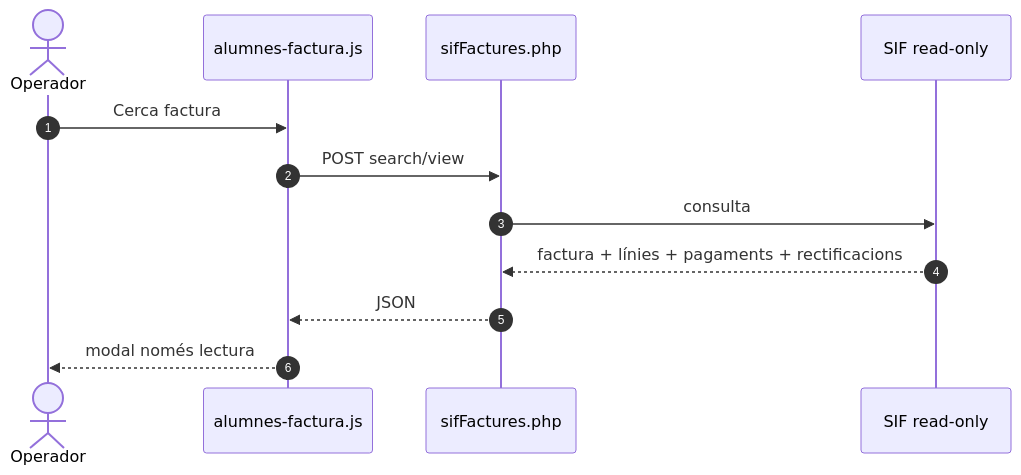
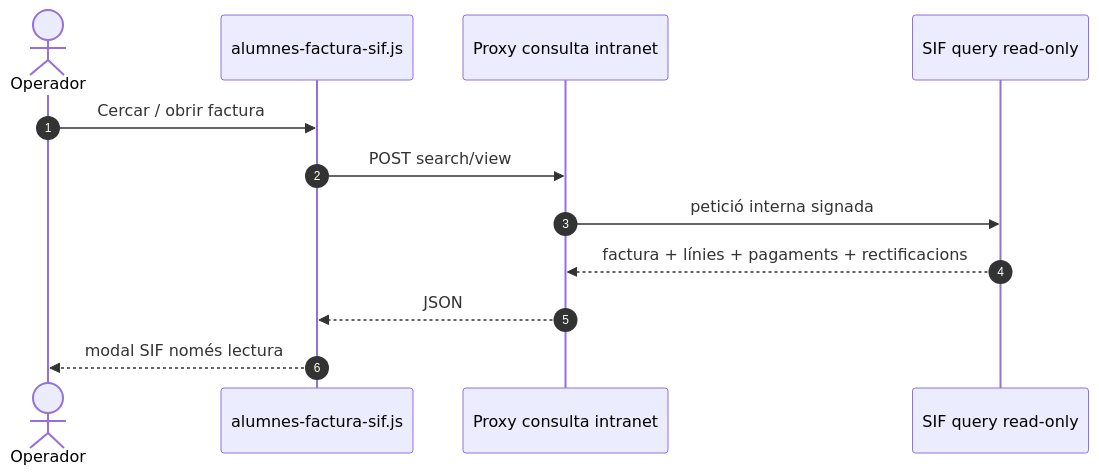
The first of 6 diagrams in documentacio/07-uml-integrat/uc-005-sequencies-actual-final.md (orgmeriemprismacat-del/verifactu), drawn with Mermaid before and after one commit. The commit also changed other lines of this file, not shown here.

````diff
--- a/documentacio/07-uml-integrat/uc-005-sequencies-actual-final.md
+++ b/documentacio/07-uml-integrat/uc-005-sequencies-actual-final.md
@@ -5,14 +7,14 @@
 ```mermaid
 sequenceDiagram
 autonumber
 actor O as Operador
-participant B as alumnes-factura.js
-participant A as sifFactures.php
-participant S as SIF read-only
-O->>B: Cerca factura
-B->>A: POST search/view
-A->>S: consulta
-S-->>A: factura + línies + pagaments + rectificacions
-A-->>B: JSON
-B-->>O: modal només lectura
+participant B as alumnes-factura-sif.js
+participant P as Proxy consulta intranet
+participant Q as SIF query read-only
+O->>B: Cercar / obrir factura
+B->>P: POST search/view
+P->>Q: petició interna signada
+Q-->>P: factura + línies + pagaments + rectificacions
+P-->>B: JSON
+B-->>O: modal SIF només lectura
 ```
````
